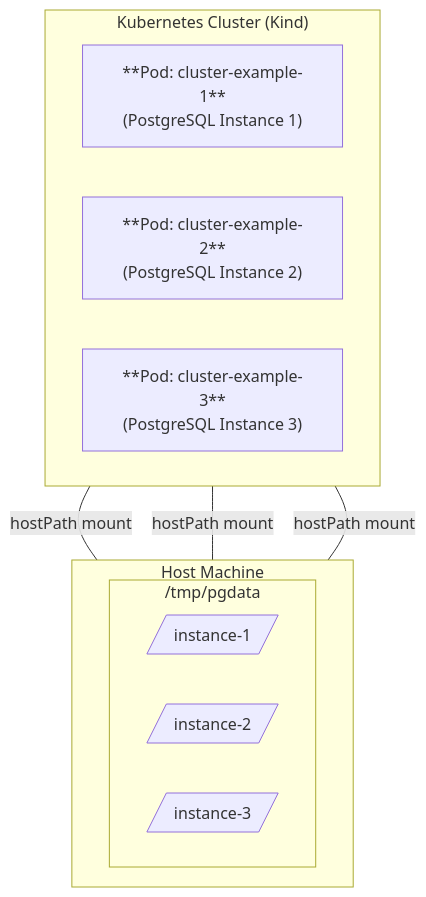
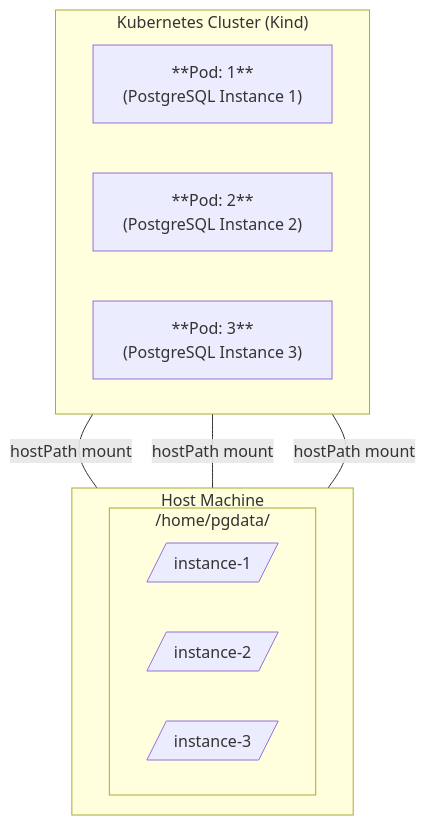
Before and after one commit to RobertoPrevato/K8sStudies: the diagram in docs/kind/cloudnativepg.md, drawn with Mermaid. The commit also changed other lines of this file and 11 other files, not shown here.

````diff
--- a/docs/kind/cloudnativepg.md
+++ b/docs/kind/cloudnativepg.md
@@ -294,22 +294,22 @@
 ```mermaid
 flowchart TD
     subgraph Host Machine
         direction LR
-        subgraph /tmp/pgdata
+        subgraph /home/pgdata/
             A1[/instance-1/]
             A2[/instance-2/]
             A3[/instance-3/]
         end
     end
 
     subgraph "Kubernetes Cluster (Kind)"
         direction LR
-        P1["**Pod: cluster-example-1**<br/>(PostgreSQL Instance 1)"]
-        P2["**Pod: cluster-example-2**<br/>(PostgreSQL Instance 2)"]
-        P3["**Pod: cluster-example-3**<br/>(PostgreSQL Instance 3)"]
+        P1["**Pod: 1**<br/>(PostgreSQL Instance 1)"]
+        P2["**Pod: 2**<br/>(PostgreSQL Instance 2)"]
+        P3["**Pod: 3**<br/>(PostgreSQL Instance 3)"]
     end
 
     P1 ---|hostPath mount| A1
     P2 ---|hostPath mount| A2
     P3 ---|hostPath mount| A3
 ```
````
